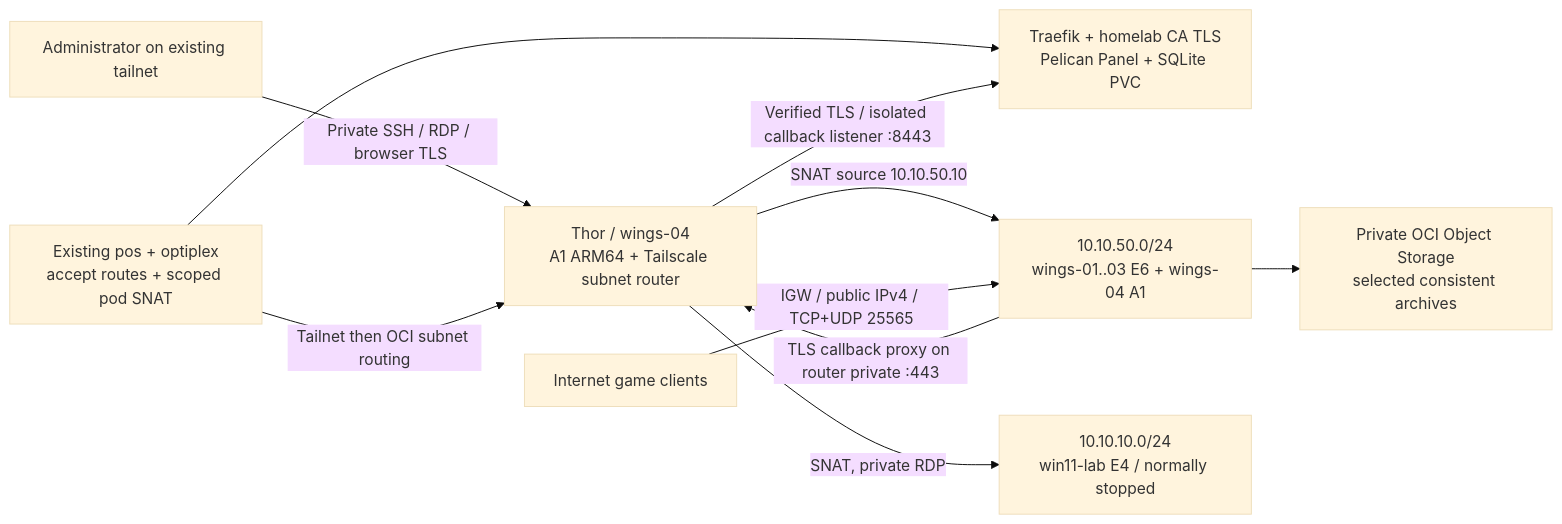
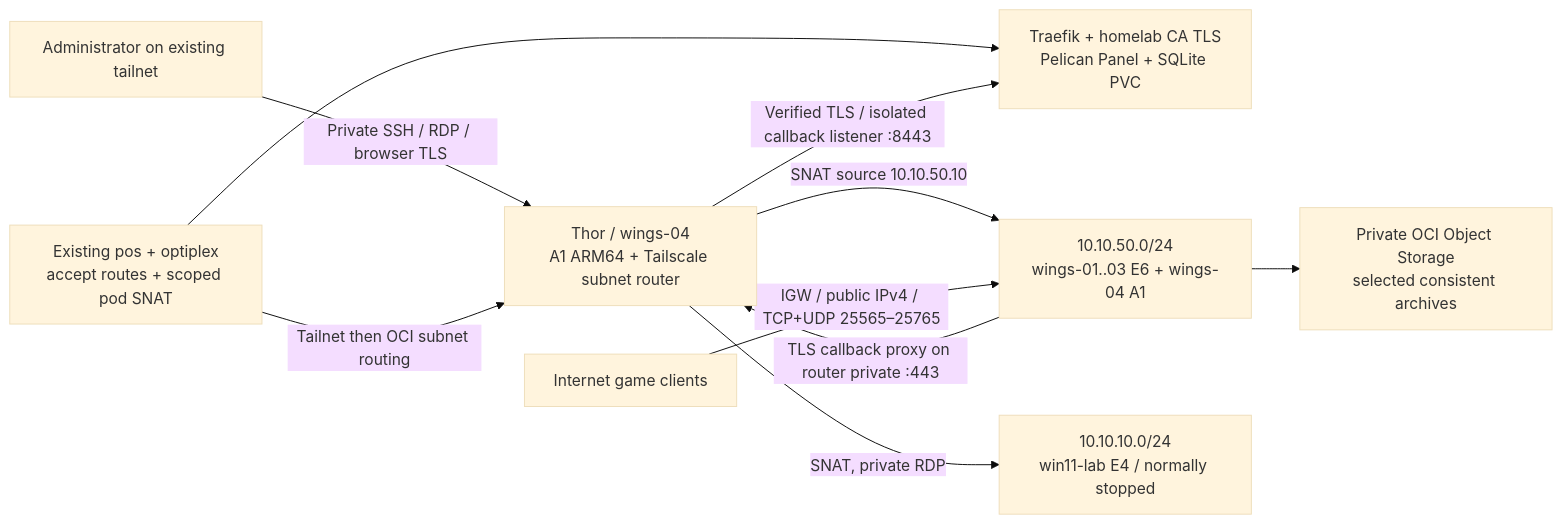
Before and after one commit to AFAskar/homelab: the diagram in oci/docs/architecture.md, drawn with Mermaid (base theme). The commit also changed other lines of this file and 6 other files, not shown here.

````diff
--- a/oci/docs/architecture.md
+++ b/oci/docs/architecture.md
@@ -3,12 +3,12 @@
 ```mermaid
 flowchart LR
   Admin[Administrator on existing tailnet] -->|Private SSH / RDP / browser TLS| Router[Thor / wings-04\nA1 ARM64 + Tailscale subnet router]
   K3S[Existing pos + optiplex\naccept routes + scoped pod SNAT] -->|Tailnet then OCI subnet routing| Router
   K3S --> Panel[Traefik + homelab CA TLS\nPelican Panel + SQLite PVC]
   Router -->|SNAT source 10.10.50.10| Wings[10.10.50.0/24\nwings-01..03 E6 + wings-04 A1]
   Router -->|SNAT, private RDP| Win[10.10.10.0/24\nwin11-lab E4 / normally stopped]
-  Players[Internet game clients] -->|IGW / public IPv4 / TCP+UDP 25565| Wings
+  Players[Internet game clients] -->|IGW / public IPv4 / TCP+UDP 25565–25765| Wings
   Wings -->|TLS callback proxy on router private :443| Router
   Router -->|Verified TLS / isolated callback listener :8443| Panel
   Wings --> Backups[Private OCI Object Storage\nselected consistent archives]
 ```
````
